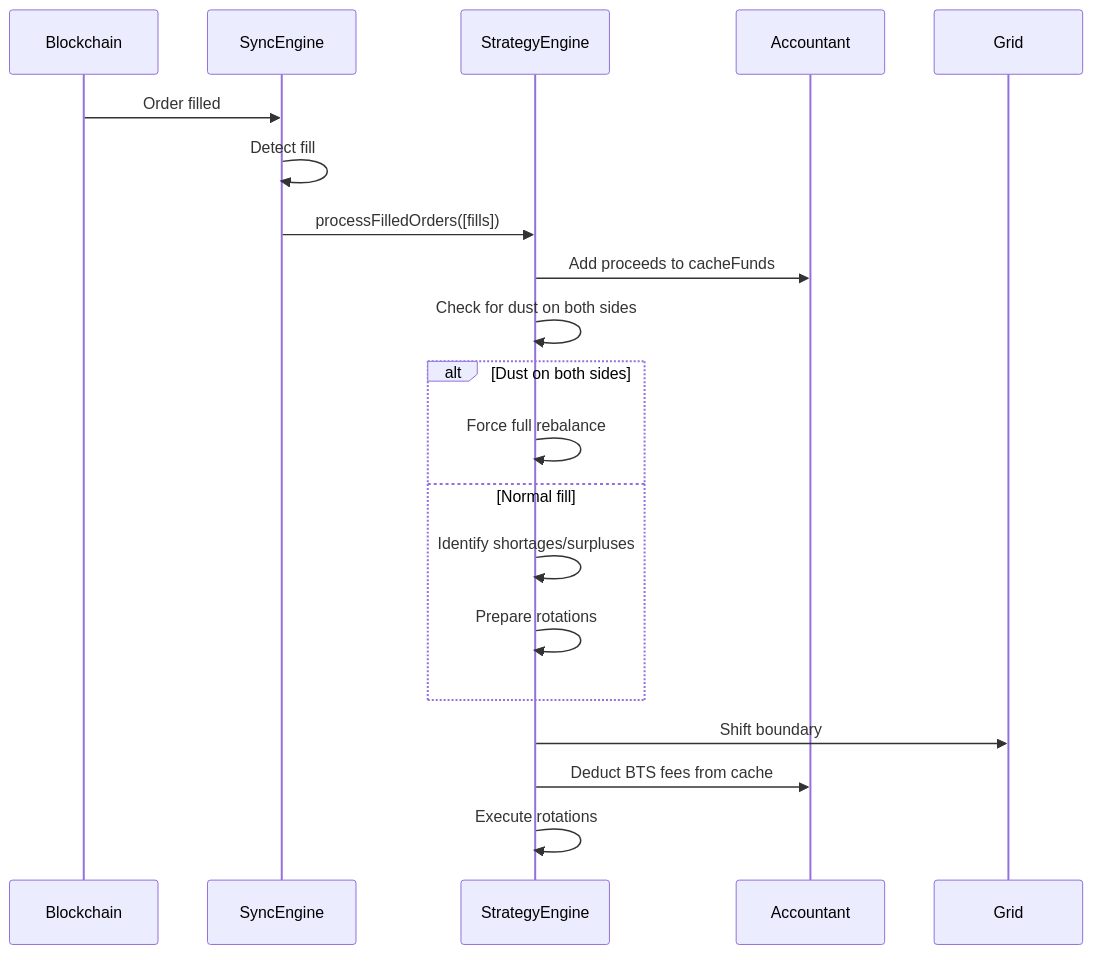
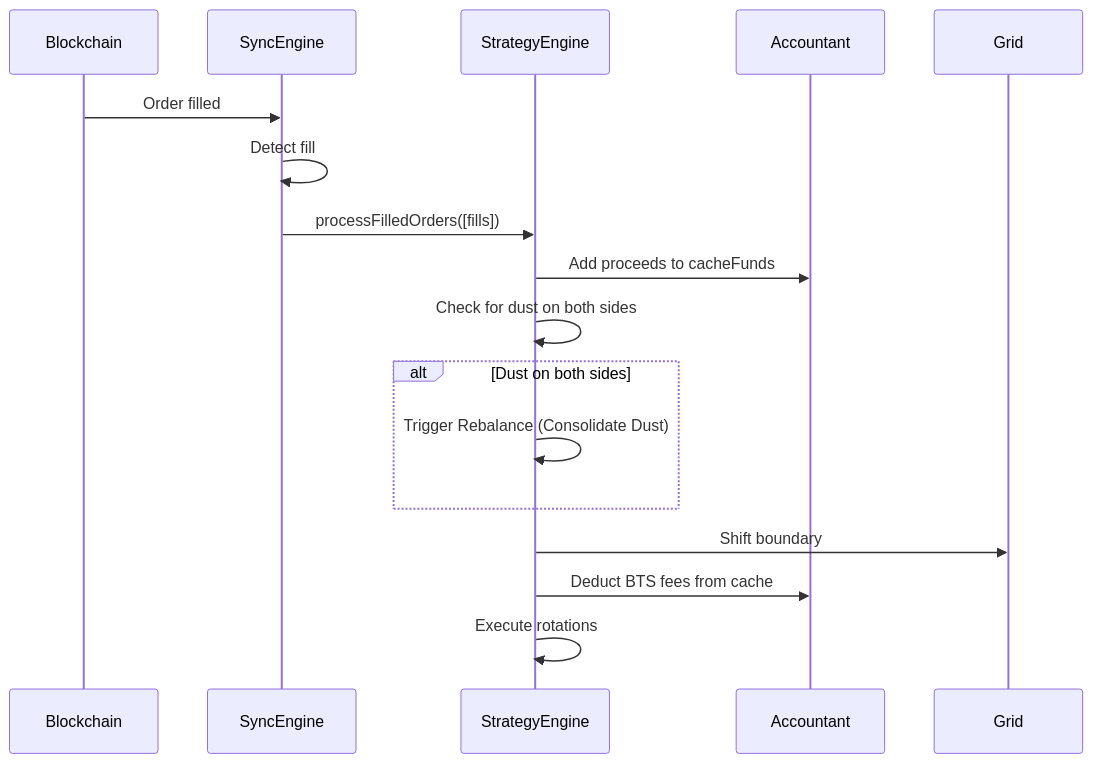
The seventh of 11 diagrams in docs/architecture.md (abitmore/DEXBot2), drawn with Mermaid before and after one commit. The commit also changed 3 other files, not shown here.

````diff
--- a/docs/architecture.md
+++ b/docs/architecture.md
@@ -311,26 +311,22 @@
 ```mermaid
 sequenceDiagram
     participant Chain as Blockchain
     participant Sync as SyncEngine
     participant Strat as StrategyEngine
     participant Acct as Accountant
     participant Grid as Grid
 
     Chain->>Sync: Order filled
     Sync->>Sync: Detect fill
     Sync->>Strat: processFilledOrders([fills])
     
     Strat->>Acct: Add proceeds to cacheFunds
-    Strat->>Strat: Check for dust on both sides
-    
-    alt Dust on both sides
-        Strat->>Strat: Force full rebalance
-    else Normal fill
-        Strat->>Strat: Identify shortages/surpluses
-        Strat->>Strat: Prepare rotations
-    end
+        Strat->>Strat: Check for dust on both sides
+        alt Dust on both sides
+            Strat->>Strat: Trigger Rebalance (Consolidate Dust)
+        end
     
     Strat->>Grid: Shift boundary
     Strat->>Acct: Deduct BTS fees from cache
     Strat->>Strat: Execute rotations
 ```
````
